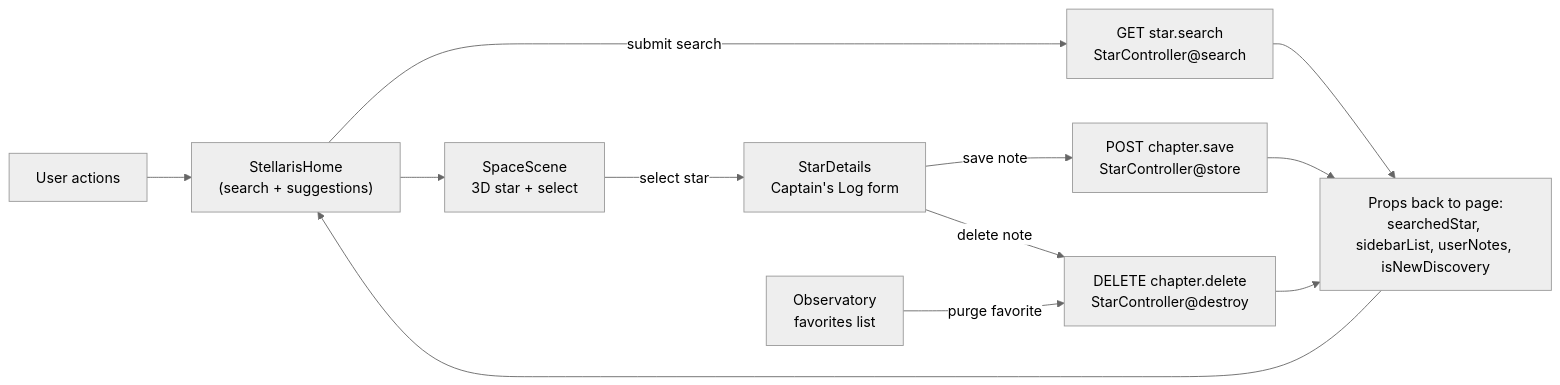
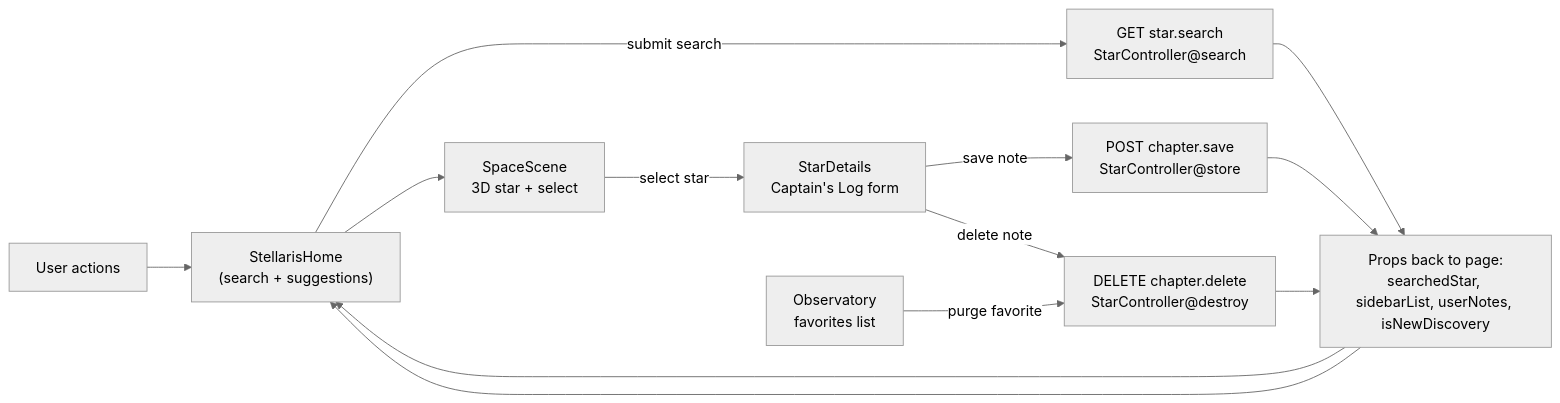
Before and after one commit to alashroud/it110-copy: the diagram in FRONTEND_OVERVIEW.md, drawn with Mermaid (neutral theme). The commit also changed other lines of this file, not shown here.

Commit message:
docs: refine frontend flow diagram

````diff
--- a/FRONTEND_OVERVIEW.md
+++ b/FRONTEND_OVERVIEW.md
@@ -6,19 +6,20 @@
 ```mermaid
 flowchart LR
   User["User actions"]
   Home["StellarisHome\n(search + suggestions)"]
   Search["GET star.search\nStarController@search"]
   Props["Props back to page:\nsearchedStar, sidebarList, userNotes, isNewDiscovery"]
   Scene["SpaceScene\n3D star + select"]
   Details["StarDetails\nCaptain's Log form"]
   Save["POST chapter.save\nStarController@store"]
   Delete["DELETE chapter.delete\nStarController@destroy"]
   Observatory["Observatory\nfavorites list"]
 
   User --> Home
   Home -->|submit search| Search --> Props --> Home
   Home --> Scene -->|select star| Details
   Details -->|save note| Save --> Props
   Details -->|delete note| Delete --> Props
+  Props --> Home
   Observatory -->|purge favorite| Delete
 ```
````
